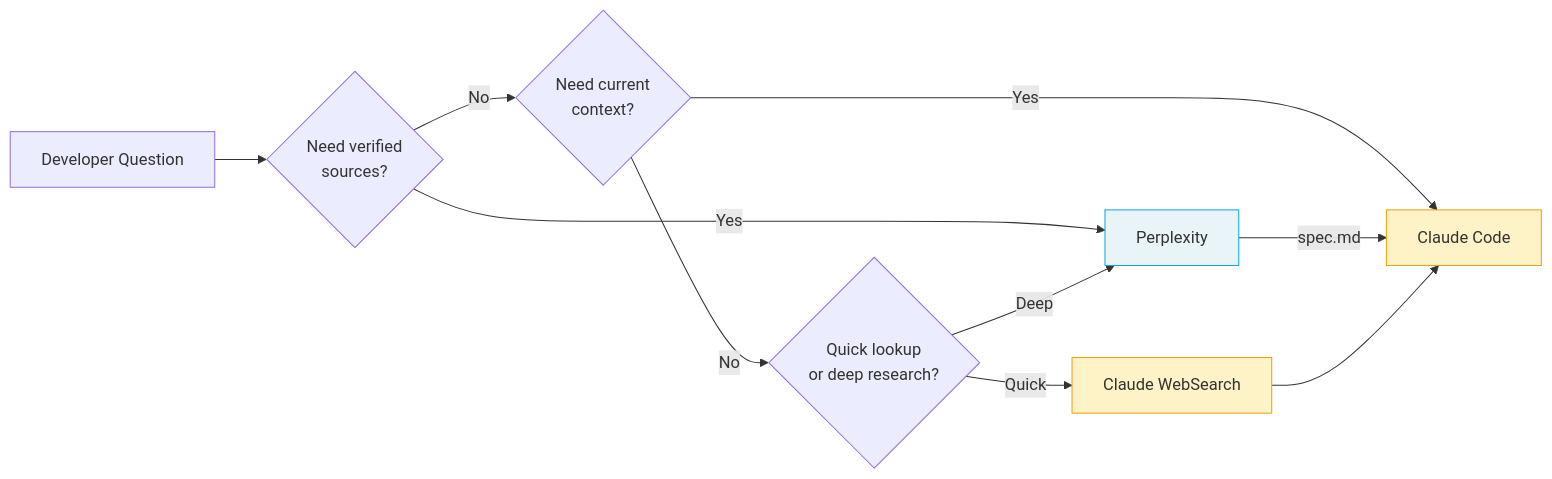
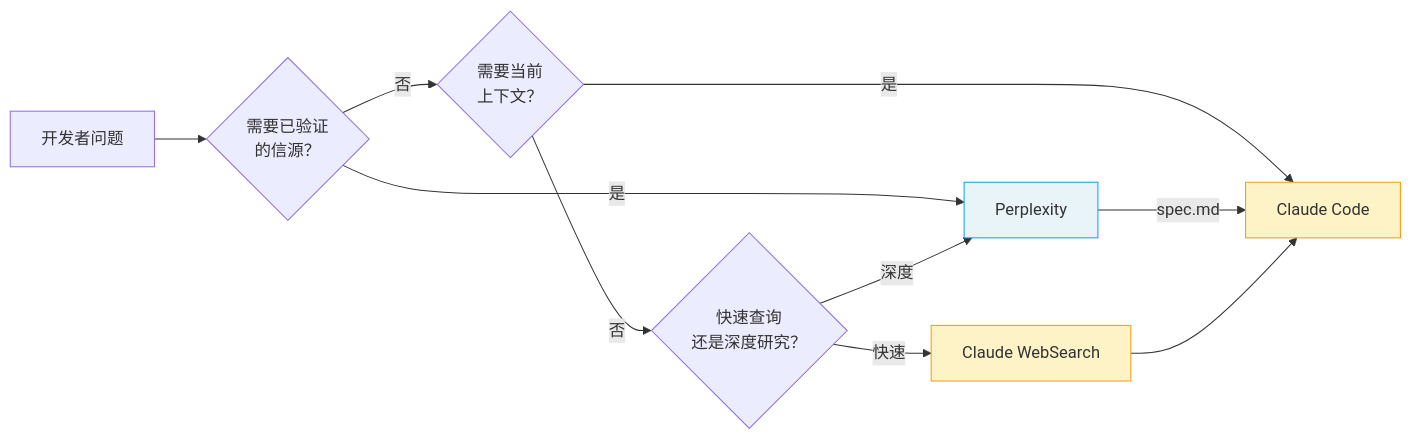
One commit to lawrencewzen/aispark-wiki changed the second of 4 diagrams in claude-code/ecosystem/ai-ecosystem.md. Above: the diagram before and after it, drawn with Mermaid. The commit also changed other lines of this file and 82 other files, not shown here.

First line of the commit message:
feat: 完成 claude-code/ 目录全量中文翻译

````diff
--- a/claude-code/ecosystem/ai-ecosystem.md
+++ b/claude-code/ecosystem/ai-ecosystem.md
@@ -120,17 +120,17 @@
 ```mermaid
 flowchart LR
-    Q["Developer Question"] --> D{Need verified<br/>sources?}
-    D -->|Yes| P["Perplexity"]
-    D -->|No| D2{Need current<br/>context?}
-    D2 -->|Yes| C["Claude Code"]
-    D2 -->|No| D3{Quick lookup<br/>or deep research?}
-    D3 -->|Quick| CW["Claude WebSearch"]
-    D3 -->|Deep| P
+    Q["开发者问题"] --> D{需要已验证<br/>的信源？}
+    D -->|是| P["Perplexity"]
+    D -->|否| D2{需要当前<br/>上下文？}
+    D2 -->|是| C["Claude Code"]
+    D2 -->|否| D3{快速查询<br/>还是深度研究？}
+    D3 -->|快速| CW["Claude WebSearch"]
+    D3 -->|深度| P
 
     P -->|"spec.md"| C
     CW --> C
 
     style P fill:#e8f4f8,stroke:#0ea5e9
     style C fill:#fef3c7,stroke:#f59e0b
     style CW fill:#fef3c7,stroke:#f59e0b
 ```
````
